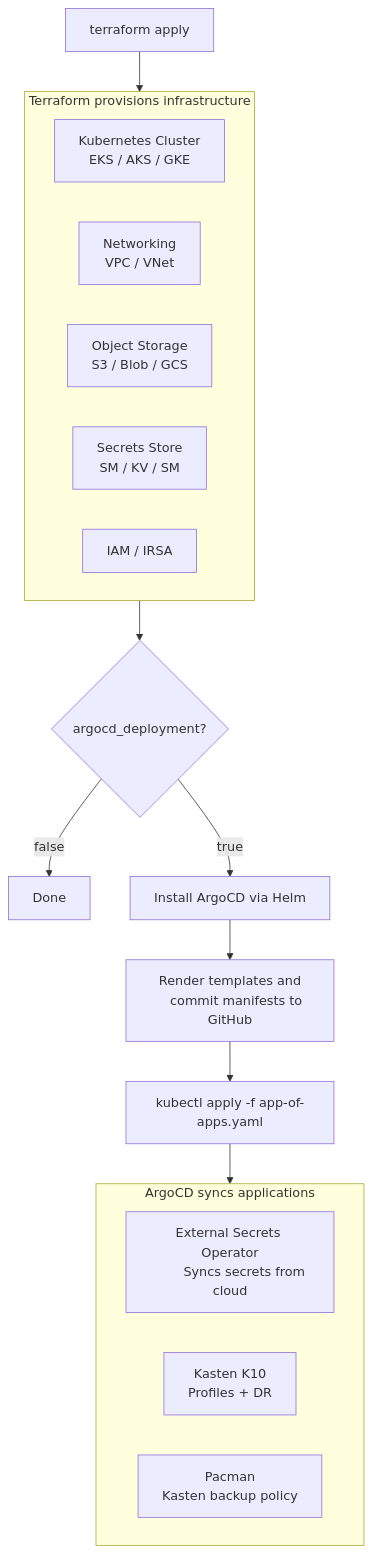
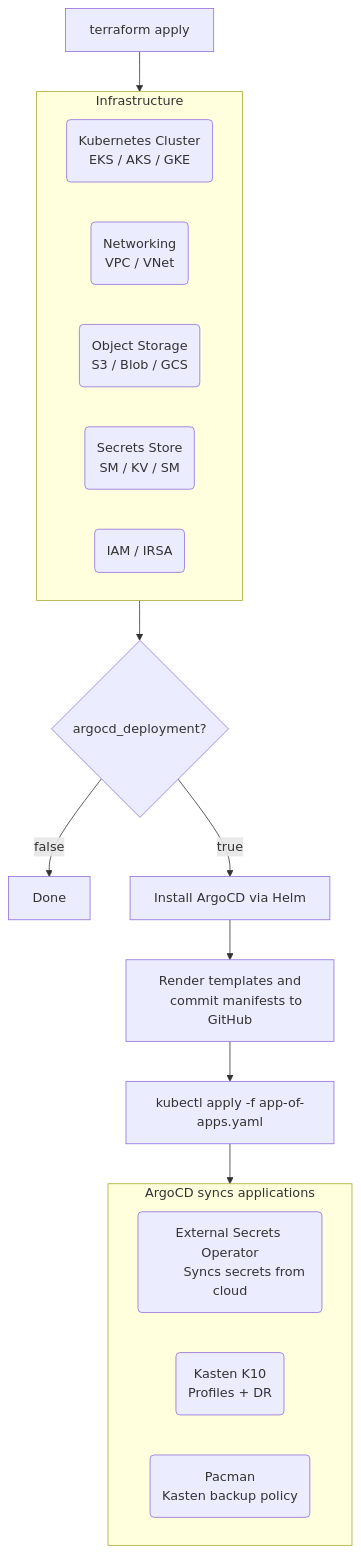
The diagram in README.md (MichaelHaigh/kasten-automation), drawn with Mermaid before and after one commit.

Commit message:
improving mermaid again

````diff
--- a/README.md
+++ b/README.md
@@ -19,35 +19,35 @@
 ```mermaid
 flowchart TD
     A[terraform apply] --> B
 
-    subgraph B["Terraform provisions infrastructure"]
+    subgraph B["Infrastructure"]
         direction LR
-        B1["Kubernetes Cluster
-        EKS / AKS / GKE"]
-        B2["Networking
-        VPC / VNet"]
-        B3["Object Storage
-        S3 / Blob / GCS"]
-        B4["Secrets Store
-        SM / KV / SM"]
-        B5["IAM / IRSA"]
+        B1("Kubernetes Cluster
+        EKS / AKS / GKE")
+        B2("Networking
+        VPC / VNet")
+        B3("Object Storage
+        S3 / Blob / GCS")
+        B4("Secrets Store
+        SM / KV / SM")
+        B5("IAM / IRSA")
     end
 
     B --> C{argocd_deployment?}
     C -- false --> D[Done]
     C -- true --> E["Install ArgoCD via Helm"]
     E --> F["Render templates and
     commit manifests to GitHub"]
     F --> G["kubectl apply -f app-of-apps.yaml"]
     G --> H
 
     subgraph H["ArgoCD syncs applications"]
         direction LR
-        H1["External Secrets Operator
-        Syncs secrets from cloud"]
-        H2["Kasten K10
-        Profiles + DR"]
-        H3["Pacman
-        Kasten backup policy"]
+        H1("External Secrets Operator
+        Syncs secrets from cloud")
+        H2("Kasten K10
+        Profiles + DR")
+        H3("Pacman
+        Kasten backup policy")
     end
 ```
````
